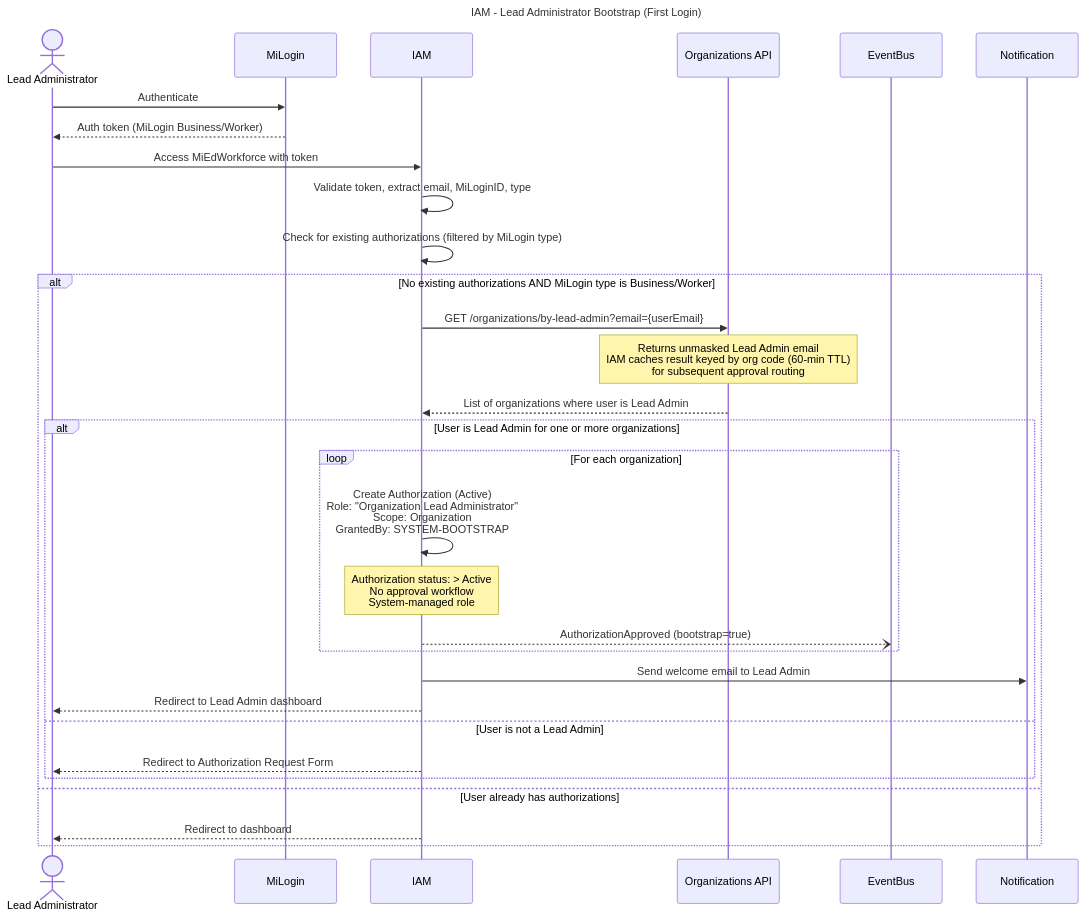
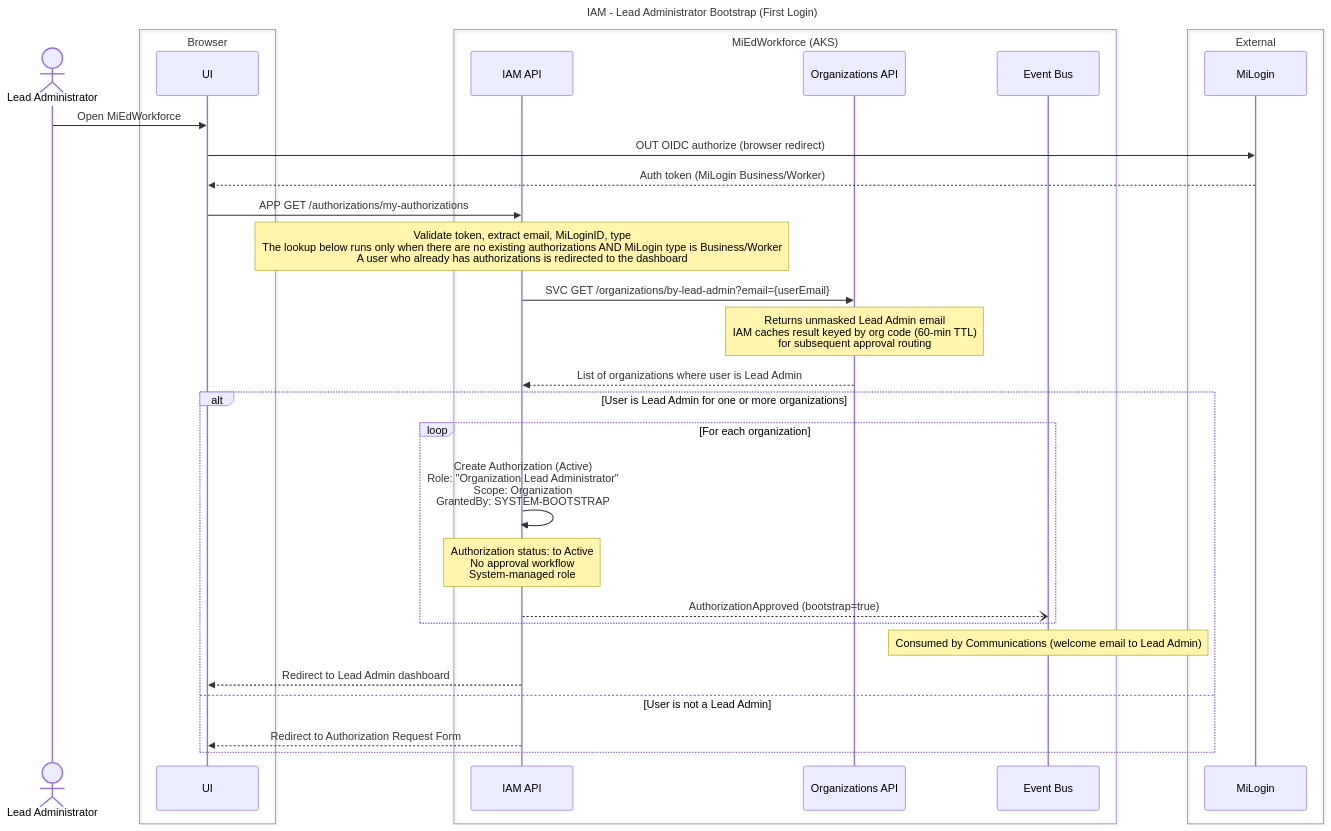
The fourth of 23 diagrams in working-docs/solution-areas/iam/iam-sequences.md (mnichols-dl/mied-design), drawn with Mermaid before and after one commit. The commit also changed other lines of this file and 34 other files, not shown here.

Commit message:
Update sequences and perform RTM assessment

````diff
--- a/working-docs/solution-areas/iam/iam-sequences.md
+++ b/working-docs/solution-areas/iam/iam-sequences.md
@@ -177,42 +220,41 @@
 ```mermaid
 ---
 title: IAM - Lead Administrator Bootstrap (First Login)
 ---
 sequenceDiagram
     actor LeadAdmin as Lead Administrator
+    box Browser
+    participant UI
+    end
+    box MiEdWorkforce (AKS)
+    participant IamApi as IAM API
+    participant OrgsApi as Organizations API
+    participant EventBus as Event Bus
+    end
+    box External
     participant MiLogin
-    participant IAM
-    participant OrgsAPI as Organizations API
-    participant EventBus
-    participant Notification
-    
-    LeadAdmin->>MiLogin: Authenticate
-    MiLogin-->>LeadAdmin: Auth token (MiLogin Business/Worker)
-    
-    LeadAdmin->>IAM: Access MiEdWorkforce with token
-    IAM->>IAM: Validate token, extract email, MiLoginID, type
-    IAM->>IAM: Check for existing authorizations (filtered by MiLogin type)
-    
-    alt No existing authorizations AND MiLogin type is Business/Worker
-        IAM->>OrgsAPI: GET /organizations/by-lead-admin?email={userEmail}
-        Note over OrgsAPI: Returns unmasked Lead Admin email<br/>IAM caches result keyed by org code (60-min TTL)<br/>for subsequent approval routing
-        OrgsAPI-->>IAM: List of organizations where user is Lead Admin
-        
-        alt User is Lead Admin for one or more organizations
-            loop For each organization
-                IAM->>IAM: Create Authorization (Active)<br/>Role: "Organization Lead Administrator"<br/>Scope: Organization<br/>GrantedBy: SYSTEM-BOOTSTRAP
-                
-                Note over IAM: Authorization status: > Active<br/>No approval workflow<br/>System-managed role
-                
-                IAM--)EventBus: AuthorizationApproved (bootstrap=true)
-            end
-            
-            IAM->>Notification: Send welcome email to Lead Admin
-            IAM-->>LeadAdmin: Redirect to Lead Admin dashboard
-        else User is not a Lead Admin
-            IAM-->>LeadAdmin: Redirect to Authorization Request Form
+    end
+
+    LeadAdmin->>UI: Open MiEdWorkforce
+    UI->>MiLogin: OUT OIDC authorize (browser redirect)
+    MiLogin-->>UI: Auth token (MiLogin Business/Worker)
+
+    UI->>IamApi: APP GET /authorizations/my-authorizations
+    Note over IamApi: Validate token, extract email, MiLoginID, type<br/>The lookup below runs only when there are no existing authorizations AND MiLogin type is Business/Worker<br/>A user who already has authorizations is redirected to the dashboard
+
+    IamApi->>OrgsApi: SVC GET /organizations/by-lead-admin?email={userEmail}
+    Note over OrgsApi: Returns unmasked Lead Admin email<br/>IAM caches result keyed by org code (60-min TTL)<br/>for subsequent approval routing
+    OrgsApi-->>IamApi: List of organizations where user is Lead Admin
+
+    alt User is Lead Admin for one or more organizations
+        loop For each organization
+            IamApi->>IamApi: Create Authorization (Active)<br/>Role: "Organization Lead Administrator"<br/>Scope: Organization<br/>GrantedBy: SYSTEM-BOOTSTRAP
+            Note over IamApi: Authorization status: to Active<br/>No approval workflow<br/>System-managed role
+            IamApi--)EventBus: AuthorizationApproved (bootstrap=true)
         end
-    else User already has authorizations
-        IAM-->>LeadAdmin: Redirect to dashboard
+        Note over EventBus: Consumed by Communications (welcome email to Lead Admin)
+        IamApi-->>UI: Redirect to Lead Admin dashboard
+    else User is not a Lead Admin
+        IamApi-->>UI: Redirect to Authorization Request Form
     end
 ```
````
